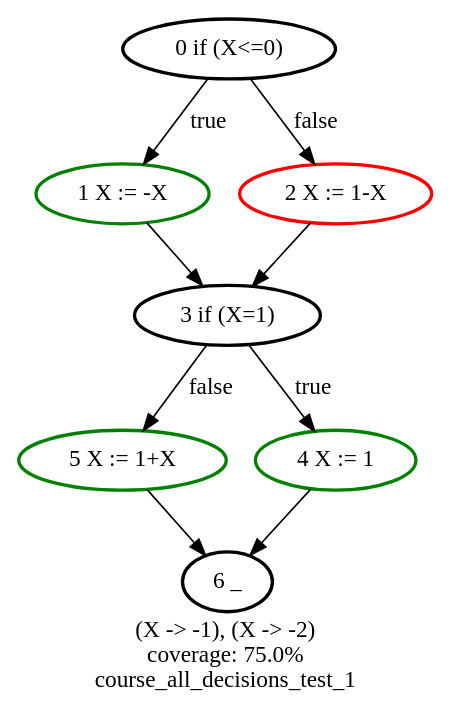
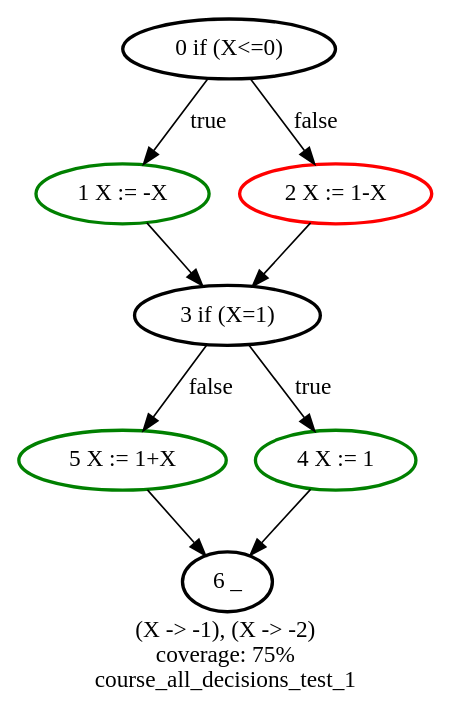
Before and after one commit to ghigi123/ivf: the diagram in graphs/course_all_decisions_test_1.dot, drawn with Graphviz. The commit also changed 30 other files, not shown here.

```diff
--- a/graphs/course_all_decisions_test_1.dot
+++ b/graphs/course_all_decisions_test_1.dot
@@ -1,20 +1,20 @@
 digraph course_all_decisions_test_1 {
 	label = "(X -> -1), (X -> -2)
-coverage: 75.0%
+coverage: 75%
 course_all_decisions_test_1"
 	"5 X := 1+X" [color = green, style = bold]
 	"1 X := -X" -> "3 if (X=1)"
 	"2 X := 1-X" -> "3 if (X=1)"
 	"4 X := 1" -> "6 _"
 	"1 X := -X" [color = green, style = bold]
 	"4 X := 1" [color = green, style = bold]
 	"2 X := 1-X" [color = red, style = bold]
 	"3 if (X=1)" [style = bold]
 	"6 _" [style = bold]
 	"3 if (X=1)" -> "5 X := 1+X" [label = false]
 	"0 if (X<=0)" -> "1 X := -X" [label = true]
 	"5 X := 1+X" -> "6 _"
 	"0 if (X<=0)" [style = bold]
 	"0 if (X<=0)" -> "2 X := 1-X" [label = false]
 	"3 if (X=1)" -> "4 X := 1" [label = true]
 }
```
